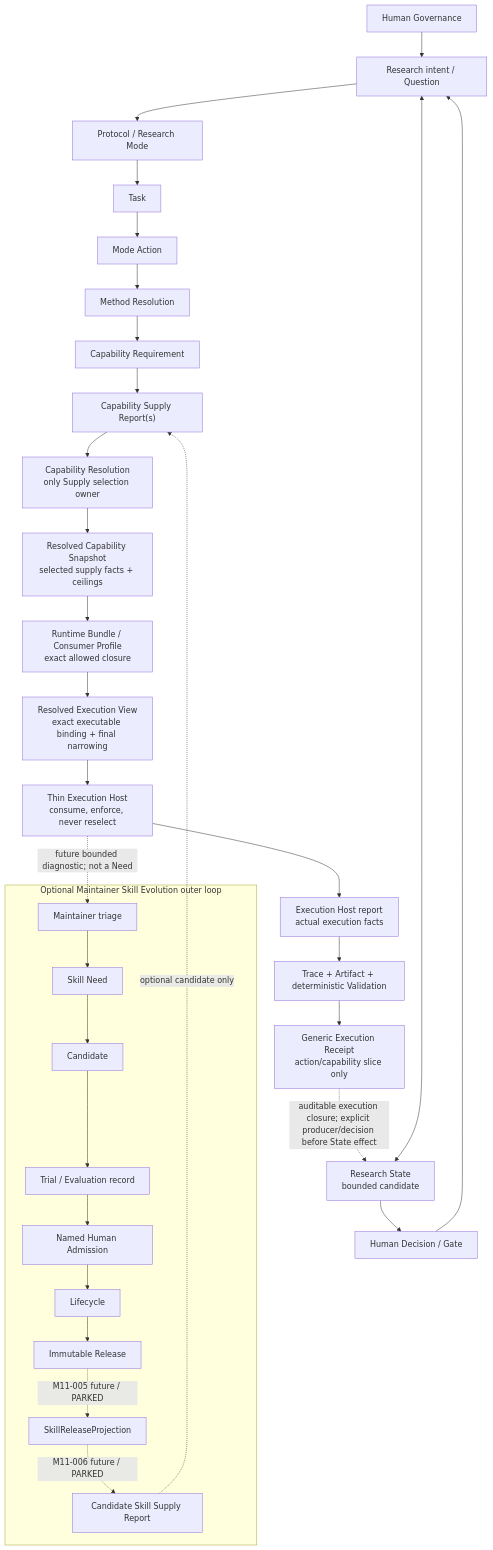
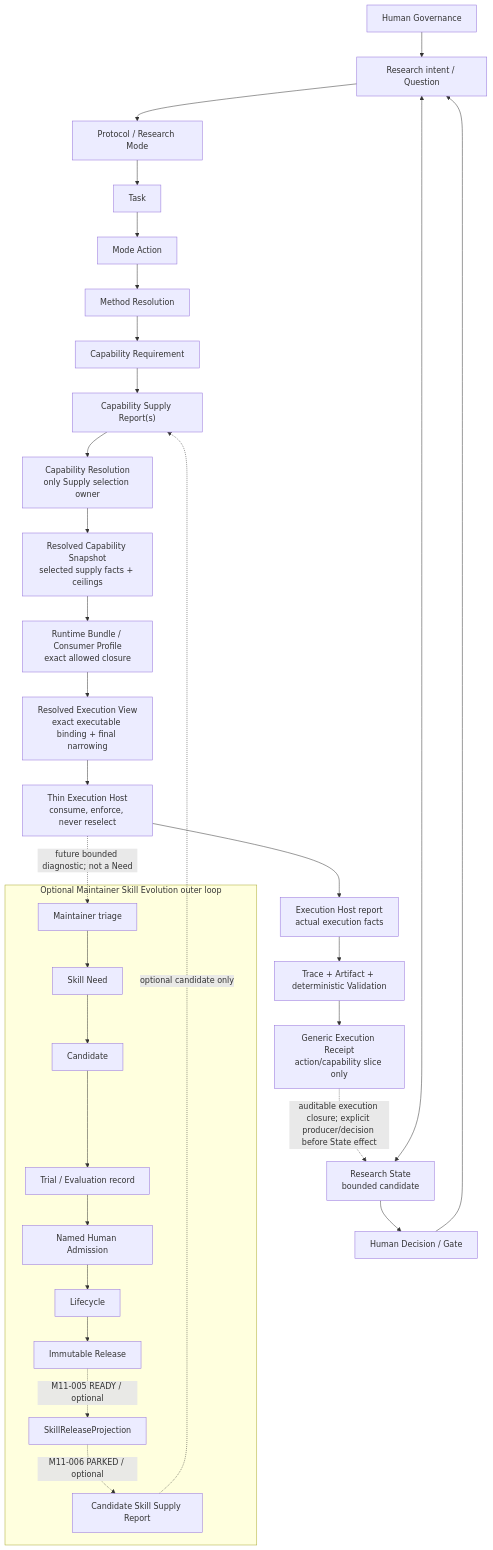
One commit to Chengyue-Lu/research-agent-workbench changed the diagram in docs/DEVELOPER_ARCHITECTURE_MAP.md. Above: the diagram before and after it, drawn with Mermaid. The commit also changed other lines of this file and 7 other files, not shown here.

Commit message:
docs(m11): activate skill release projection task

````diff
--- a/docs/DEVELOPER_ARCHITECTURE_MAP.md
+++ b/docs/DEVELOPER_ARCHITECTURE_MAP.md
@@ -69,36 +69,36 @@
 ```mermaid
 flowchart TB
     HG["Human Governance"] --> Q["Research intent / Question"]
     RS["Research State<br/>bounded candidate"] <--> Q
     Q --> PM["Protocol / Research Mode"]
     PM --> T["Task"]
     T --> MA["Mode Action"]
     MA --> MR["Method Resolution"]
     MR --> CR["Capability Requirement"]
     CR --> SR["Capability Supply Report(s)"]
     SR --> RES["Capability Resolution<br/>only Supply selection owner"]
     RES --> SNAP["Resolved Capability Snapshot<br/>selected supply facts + ceilings"]
     SNAP --> RB["Runtime Bundle / Consumer Profile<br/>exact allowed closure"]
     RB --> VIEW["Resolved Execution View<br/>exact executable binding + final narrowing"]
     VIEW --> HOST["Thin Execution Host<br/>consume, enforce, never reselect"]
     HOST --> FACT["Execution Host report<br/>actual execution facts"]
     FACT --> TR["Trace + Artifact + deterministic Validation"]
     TR --> RCP["Generic Execution Receipt<br/>action/capability slice only"]
     RCP -. "auditable execution closure; explicit producer/decision before State effect" .-> RS
     RS --> HD["Human Decision / Gate"]
     HD --> Q
 
     subgraph ME["Optional Maintainer Skill Evolution outer loop"]
         TRIAGE["Maintainer triage"] --> NEED["Skill Need"]
         NEED --> CAND["Candidate"]
         CAND --> EVAL["Trial / Evaluation record"]
         EVAL --> ADM["Named Human Admission"]
         ADM --> LIFE["Lifecycle"]
         LIFE --> REL["Immutable Release"]
-        REL -. "M11-005 future / PARKED" .-> PROJ["SkillReleaseProjection"]
-        PROJ -. "M11-006 future / PARKED" .-> SSR["Candidate Skill Supply Report"]
+        REL -. "M11-005 READY / optional" .-> PROJ["SkillReleaseProjection"]
+        PROJ -. "M11-006 PARKED / optional" .-> SSR["Candidate Skill Supply Report"]
     end
 
     SSR -. "optional candidate only" .-> SR
     HOST -. "future bounded diagnostic; not a Need" .-> TRIAGE
 ```
````
